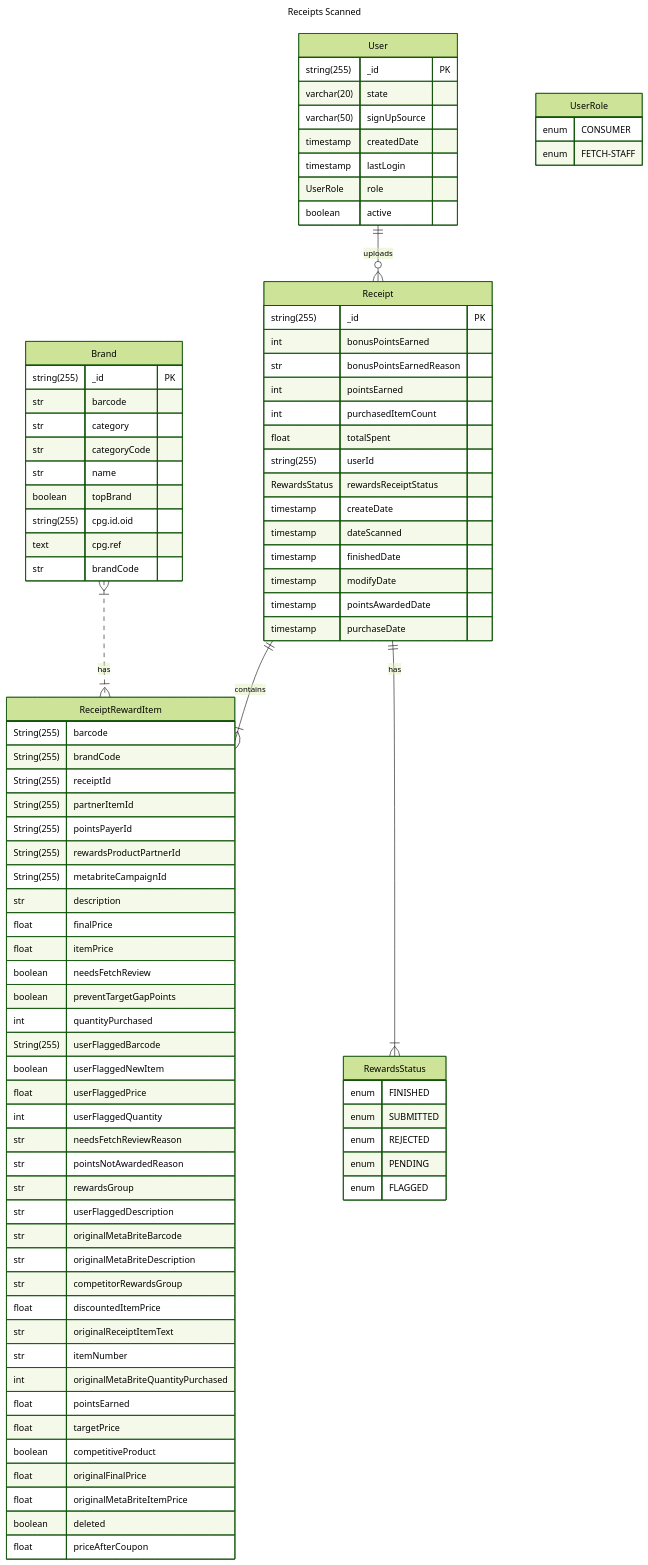
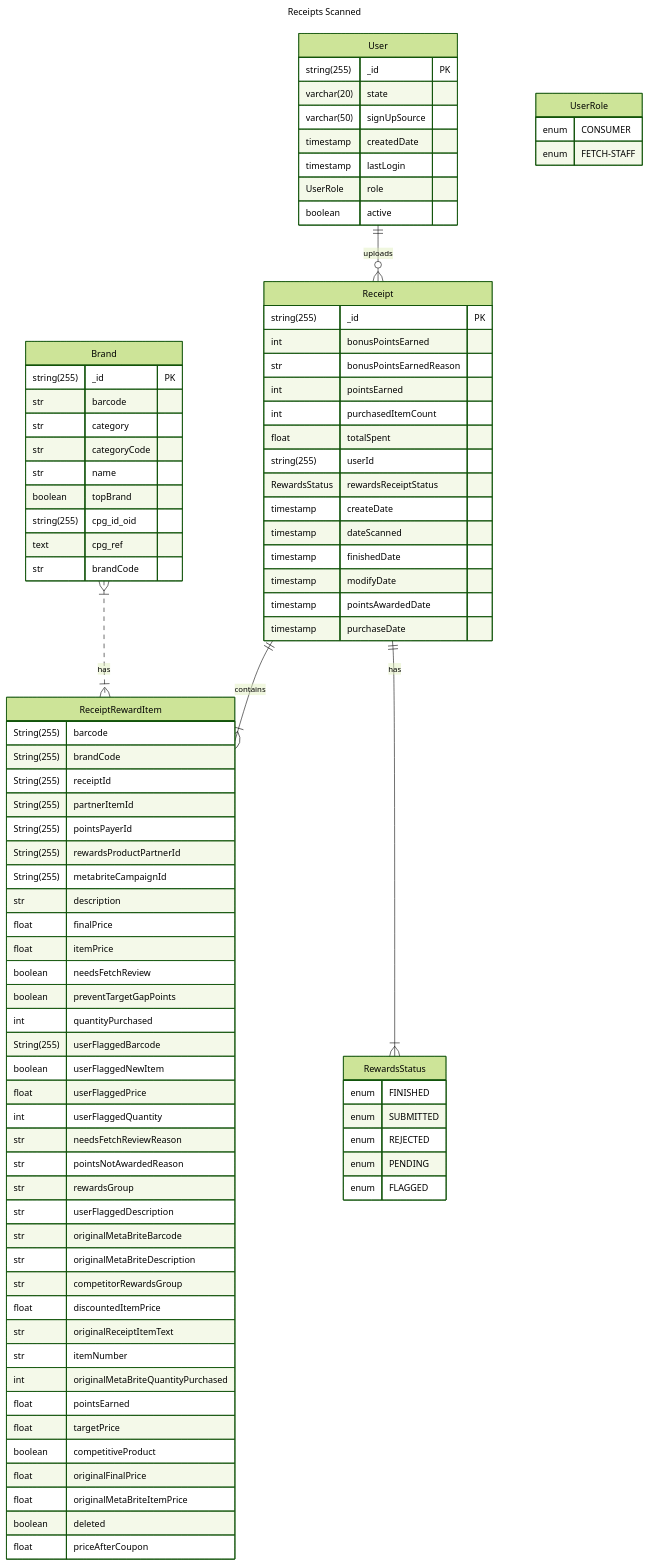
Before and after one commit to janelawrence/fetch-assignment: the diagram in README.md, drawn with Mermaid (forest theme).

Commit message:
modify er diagram

```diff
--- a/README.md
+++ b/README.md
@@ -60,8 +60,8 @@
         str categoryCode
         str name
         boolean topBrand
-        string(255) cpg.id.oid
-        text cpg.ref
+        string(255) cpg_id_oid
+        text cpg_ref
         str brandCode
     }
 
```
